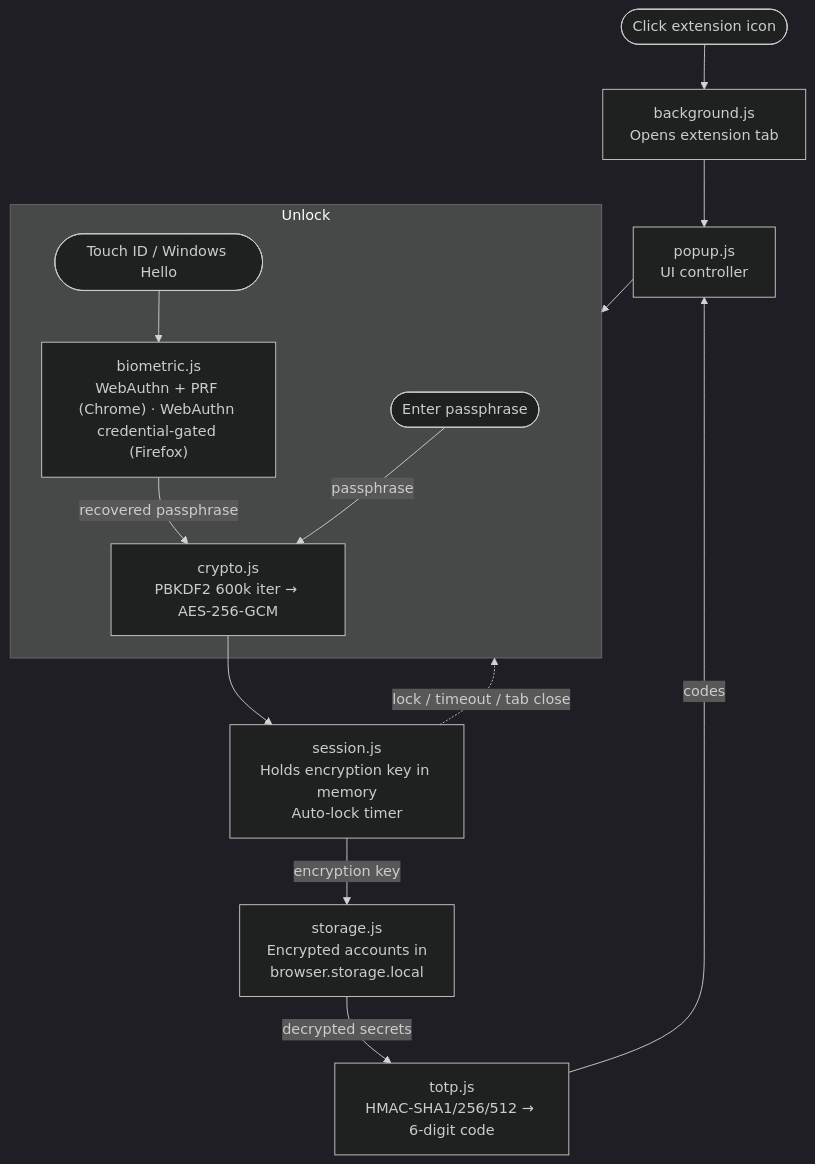
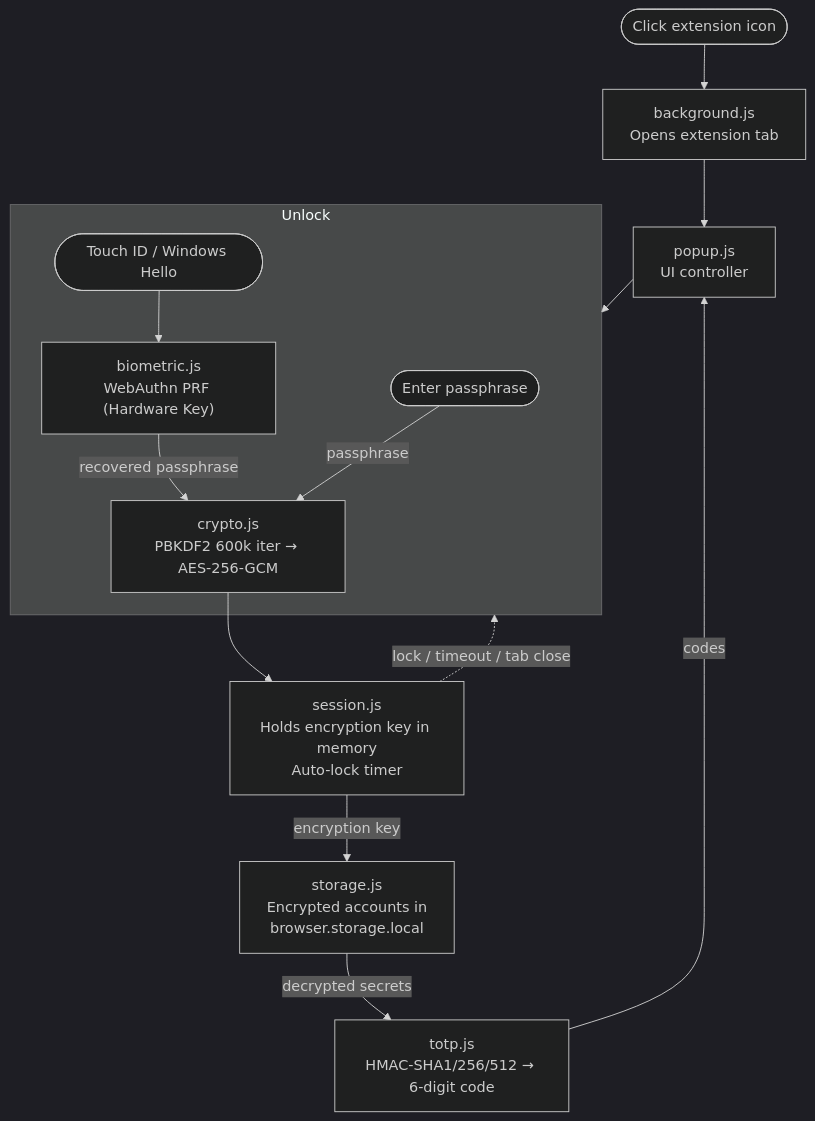
One commit to ulyngs/redd-phone-free-2fa changed the diagram in README.md. Above: the diagram before and after it, drawn with Mermaid (dark theme). The commit also changed other lines of this file and 1 other file, not shown here.

Commit message:
remove insecure credential-gated mode

````diff
--- a/README.md
+++ b/README.md
@@ -53,18 +53,18 @@
 ```mermaid
 flowchart TD
     click(["Click extension icon"]) --> background.js["background.js<br>Opens extension tab"]
     background.js --> popup.js["popup.js<br>UI controller"]
     popup.js --> Unlock
 
     subgraph Unlock
         passphrase(["Enter passphrase"]) --> |"passphrase"| crypto.js["crypto.js<br>PBKDF2 600k iter → AES-256-GCM"]
-        touchid(["Touch ID / Windows Hello"]) --> biometric.js["biometric.js<br>WebAuthn + PRF (Chrome) · WebAuthn credential-gated (Firefox)"] --> |"recovered passphrase"| crypto.js
+        touchid(["Touch ID / Windows Hello"]) --> biometric.js["biometric.js<br>WebAuthn PRF (Hardware Key)"] --> |"recovered passphrase"| crypto.js
     end
 
     crypto.js --> session.js["session.js<br>Holds encryption key in memory<br>Auto-lock timer"]
     session.js --> |"encryption key"| storage.js["storage.js<br>Encrypted accounts in<br>browser.storage.local"]
     storage.js --> |"decrypted secrets"| totp.js["totp.js<br>HMAC-SHA1/256/512 → 6-digit code"]
     totp.js --> |"codes"| popup.js
 
     session.js -. "lock / timeout / tab close" .-> Unlock
 ```
````
